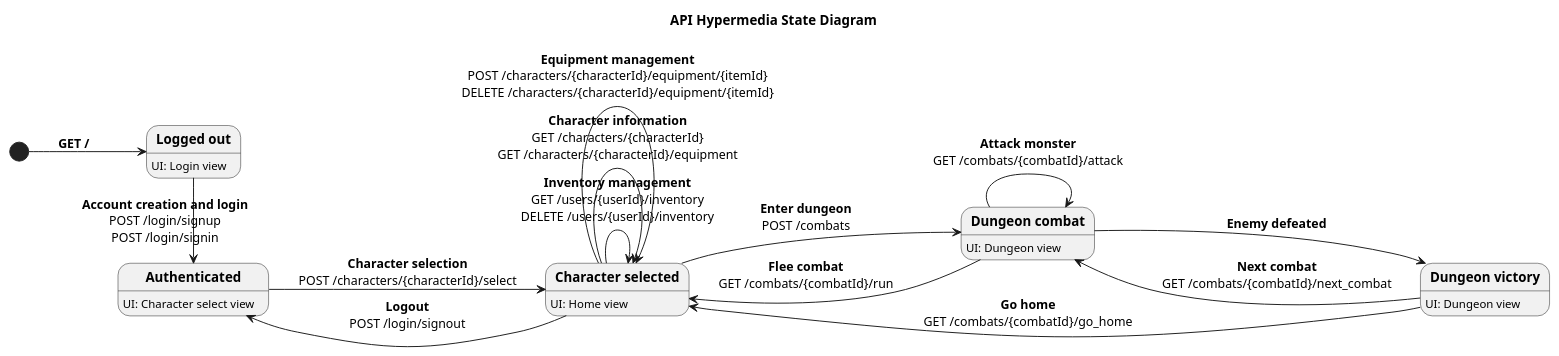
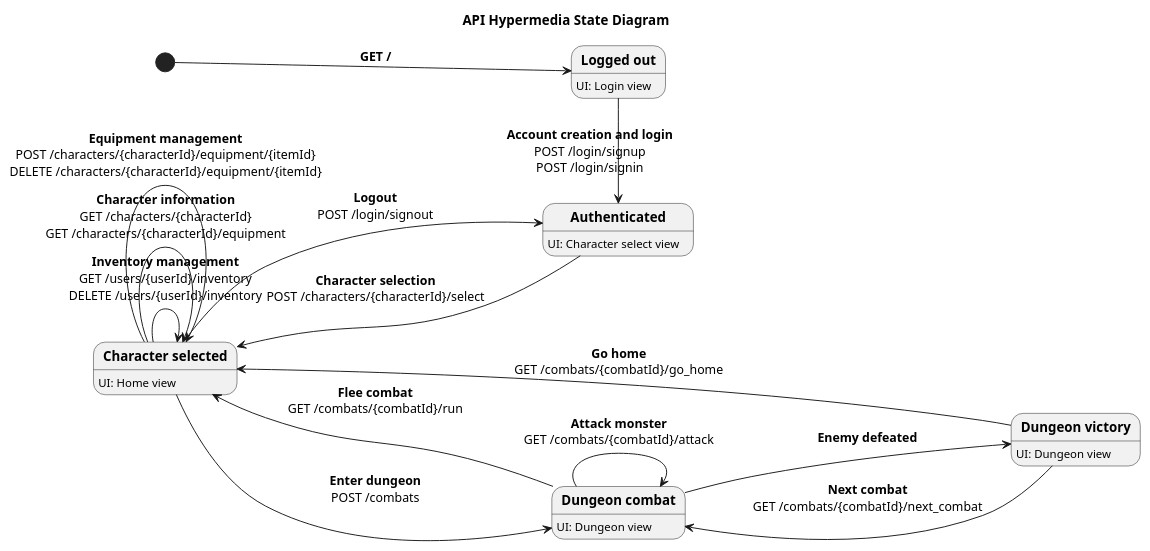
Before and after one commit to cyborgwalrus/dungeons-and-databases: the diagram in docs/hypermedia-state.puml, drawn with PlantUML. The commit also changed 5 other files, not shown here.

```diff
--- a/docs/hypermedia-state.puml
+++ b/docs/hypermedia-state.puml
@@ -1,32 +1,32 @@
 @startuml hypermedia-state
 title API Hypermedia State Diagram
 left to right direction
 'skinparam linetype polyline
 'skinparam linetype ortho
 skinparam shadowing false
 
 state "**Logged out**" as logged_out: UI: Login view
 state "**Authenticated**" as authenticated: UI: Character select view
 state "**Character selected**" as home: UI: Home view
 state "**Dungeon combat**" as combat: UI: Dungeon view
 state "**Dungeon victory**" as victory: UI: Dungeon view
 
 [*] --> logged_out: **GET /**
 
 logged_out -> authenticated : **Account creation and login**\nPOST /login/signup\nPOST /login/signin
 authenticated -> home : **Character selection**\nPOST /characters/{characterId}/select
 
 home --> combat : **Enter dungeon**\nPOST /combats
 home --> authenticated : **Logout**\nPOST /login/signout
 home --> home : **Inventory management**\nGET /users/{userId}/inventory\nDELETE /users/{userId}/inventory
 home --> home : **Character information**\nGET /characters/{characterId}\nGET /characters/{characterId}/equipment
 home --> home : **Equipment management**\nPOST /characters/{characterId}/equipment/{itemId}\nDELETE /characters/{characterId}/equipment/{itemId}
 
 combat ---> combat : **Attack monster**\nGET /combats/{combatId}/attack
-combat -> home : **Flee combat**\nGET /combats/{combatId}/run
-combat --> victory : **Enemy defeated**
+combat -u> home : **Flee combat**\nGET /combats/{combatId}/run
+combat -d-> victory : **Enemy defeated**
 
 victory -> combat : **Next combat**\nGET /combats/{combatId}/next_combat
 victory --> home : **Go home**\nGET /combats/{combatId}/go_home
 
 @enduml
```
